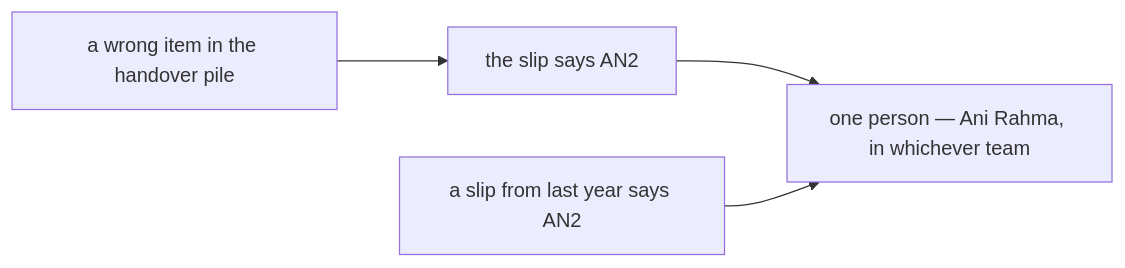
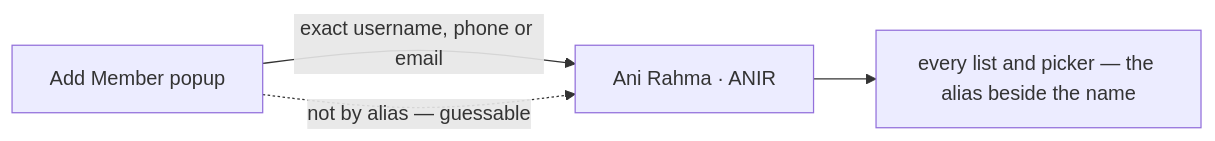
Before and after one commit to pdcgo/warehouse_revamp: the fifth of 12 diagrams in docs/business/user/context_clarify.md, drawn with Mermaid. The commit also changed other lines of this file and 2 other files, not shown here.

First line of the commit message:
user: short-code-is-a-unique-alias - Q24 narrowed to four rules

````diff
--- a/docs/business/user/context_clarify.md
+++ b/docs/business/user/context_clarify.md
@@ -286,6 +292,6 @@
 ```mermaid
 flowchart LR
-  B["a wrong item in the handover pile"] --> S["the slip says AN2"]
-  S --> P["one person — Ani Rahma, in whichever team"]
-  O["a slip from last year says AN2"] --> P
+  A["Ani Rahma · ANIR"] --> L["every list and picker — the alias beside the name"]
+  P["Add Member popup"] -->|"exact username, phone or email"| A
+  P -.->|"not by alias — guessable"| A
 ```
````
